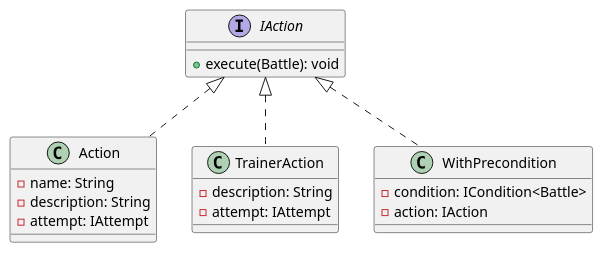
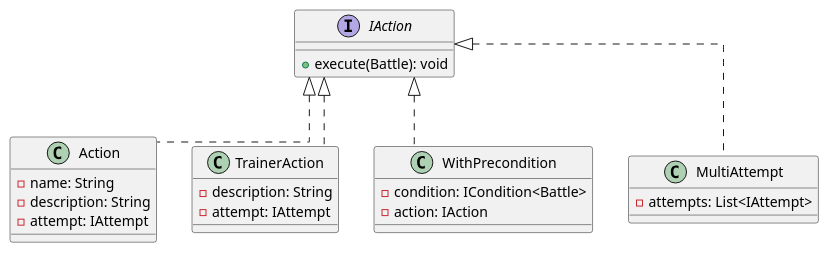
Before and after one commit to Richie-Moon/TCGPocketBattler: the diagram in docs/UML/IAction.puml, drawn with PlantUML. The commit also changed 7 other files, not shown here.

```diff
--- a/docs/UML/IAction.puml
+++ b/docs/UML/IAction.puml
@@ -1,23 +1,28 @@
 @startuml
+skinparam linetype ortho
 
 interface IAction {
     + execute(Battle): void
 }
 
 class Action implements IAction {
     - name: String
     - description: String
     - attempt: IAttempt
 }
 
 class TrainerAction implements IAction {
     - description: String
     - attempt: IAttempt
 }
 
 class WithPrecondition implements IAction {
     - condition: ICondition<Battle>
     - action: IAction
 }
 
+class MultiAttempt implements IAction {
+    - attempts: List<IAttempt>
+}
+
 @enduml
```
